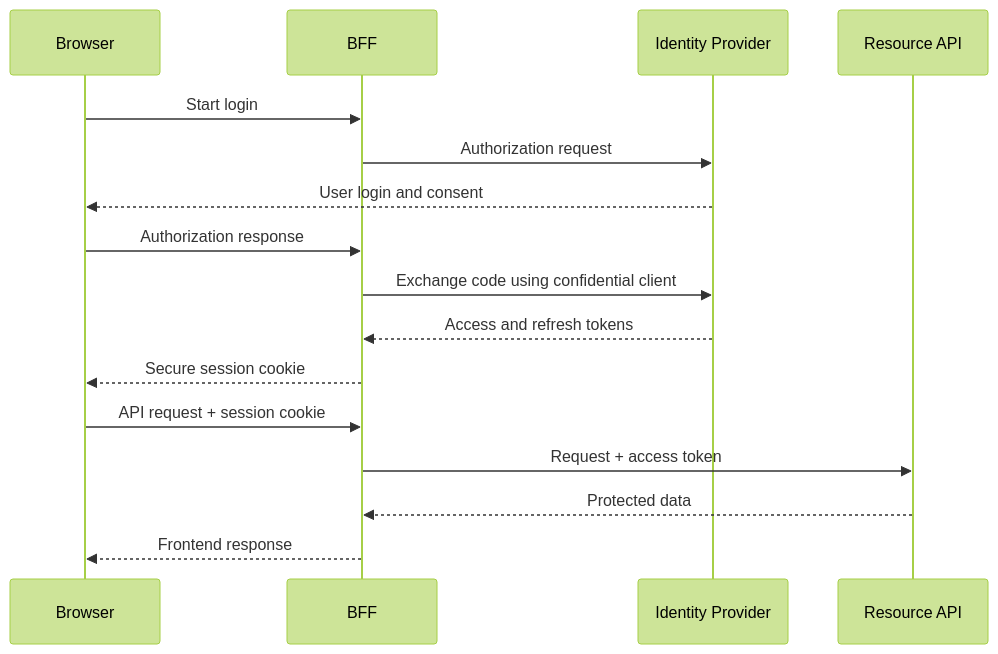
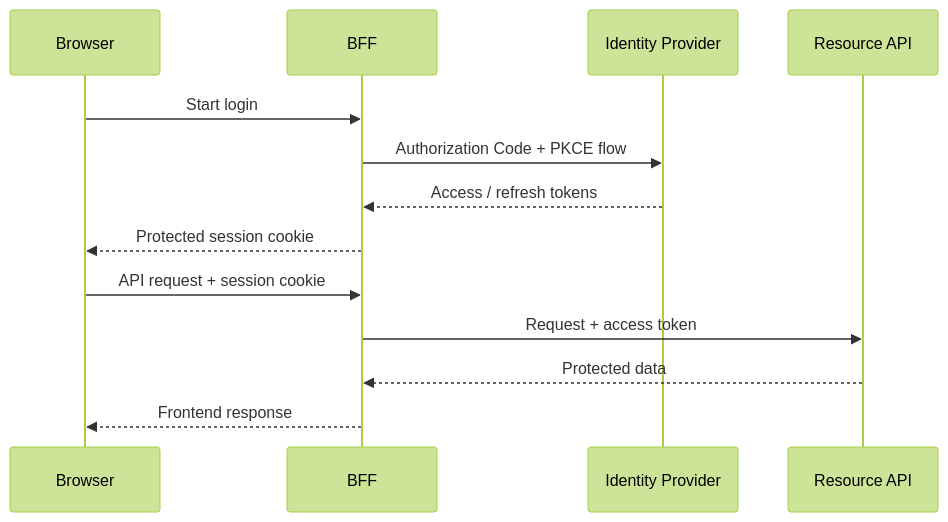
The seventh of 10 diagrams in src/content/system-design/api-gateway.md (AvadhBhalodiya/Interview-Preparation), drawn with Mermaid (forest theme) before and after one commit. The commit also changed other lines of this file and 54 other files, not shown here.

````diff
--- a/src/content/system-design/api-gateway.md
+++ b/src/content/system-design/api-gateway.md
@@ -445,20 +462,17 @@
 ```mermaid
 sequenceDiagram
     participant B as Browser
     participant F as BFF
-    participant IDP as Identity Provider
-    participant API as Resource API
+    participant I as Identity Provider
+    participant A as Resource API
 
     B->>F: Start login
-    F->>IDP: Authorization request
-    IDP-->>B: User login and consent
-    B->>F: Authorization response
-    F->>IDP: Exchange code using confidential client
-    IDP-->>F: Access and refresh tokens
-    F-->>B: Secure session cookie
+    F->>I: Authorization Code + PKCE flow
+    I-->>F: Access / refresh tokens
+    F-->>B: Protected session cookie
 
     B->>F: API request + session cookie
-    F->>API: Request + access token
-    API-->>F: Protected data
+    F->>A: Request + access token
+    A-->>F: Protected data
     F-->>B: Frontend response
 ```
````
